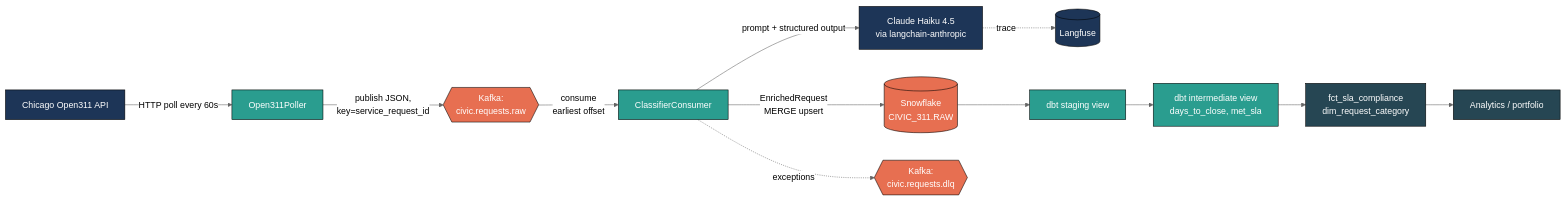
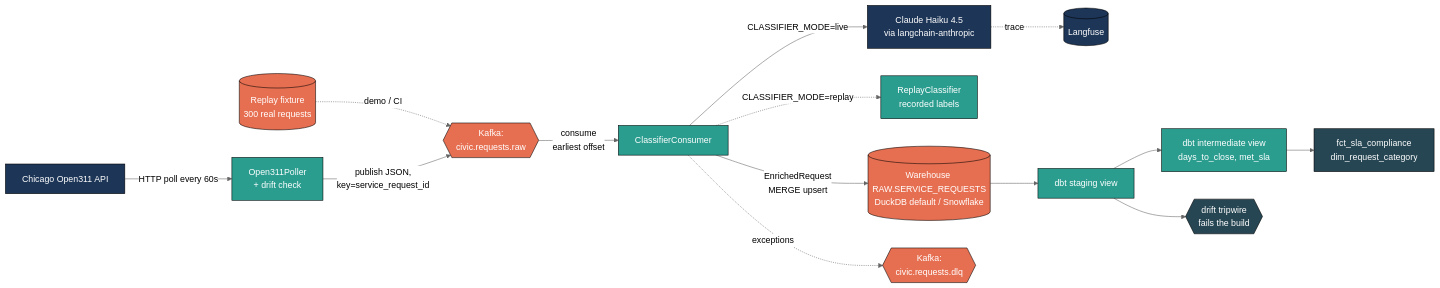
The first of 4 diagrams in ARCHITECTURE.md (tjromack/open311-pipeline), drawn with Mermaid (neutral theme) before and after one commit. The commit also changed other lines of this file and 1 other file, not shown here.

First line of the commit message:
docs: bring ARCHITECTURE and CLAUDE.md to the current system

````diff
--- a/ARCHITECTURE.md
+++ b/ARCHITECTURE.md
@@ -9,23 +9,25 @@
 ```mermaid
 flowchart LR
-    A[Chicago Open311 API] -->|HTTP poll every 60s| B[Open311Poller]
+    A[Chicago Open311 API] -->|HTTP poll every 60s| B[Open311Poller<br/>+ drift check]
+    X[(Replay fixture<br/>300 real requests)] -.->|demo / CI| C
     B -->|publish JSON,<br/>key=service_request_id| C{{Kafka:<br/>civic.requests.raw}}
     C -->|consume<br/>earliest offset| D[ClassifierConsumer]
-    D -->|prompt + structured output| E[Claude Haiku 4.5<br/>via langchain-anthropic]
+    D -->|CLASSIFIER_MODE=live| E[Claude Haiku 4.5<br/>via langchain-anthropic]
+    D -.->|CLASSIFIER_MODE=replay| R[ReplayClassifier<br/>recorded labels]
     E -.->|trace| F[(Langfuse)]
-    D -->|EnrichedRequest<br/>MERGE upsert| G[(Snowflake<br/>CIVIC_311.RAW)]
+    D -->|EnrichedRequest<br/>MERGE upsert| G[(Warehouse RAW.SERVICE_REQUESTS<br/>DuckDB default / Snowflake)]
     D -.->|exceptions| H{{Kafka:<br/>civic.requests.dlq}}
     G --> I[dbt staging view]
     I --> J[dbt intermediate view<br/>days_to_close, met_sla]
     J --> K[fct_sla_compliance<br/>dim_request_category]
-    K --> L[Analytics / portfolio]
+    I --> T{{drift tripwire<br/>fails the build}}
 
     classDef ext fill:#1d3557,color:#fff,stroke:#000;
     classDef proc fill:#2a9d8f,color:#fff,stroke:#000;
     classDef storage fill:#e76f51,color:#fff,stroke:#000;
     classDef analytics fill:#264653,color:#fff,stroke:#000;
     class A,E,F ext;
-    class B,D,I,J proc;
-    class C,G,H storage;
-    class K,L analytics;
+    class B,D,R,I,J proc;
+    class C,G,H,X storage;
+    class K,T analytics;
 ```
````
